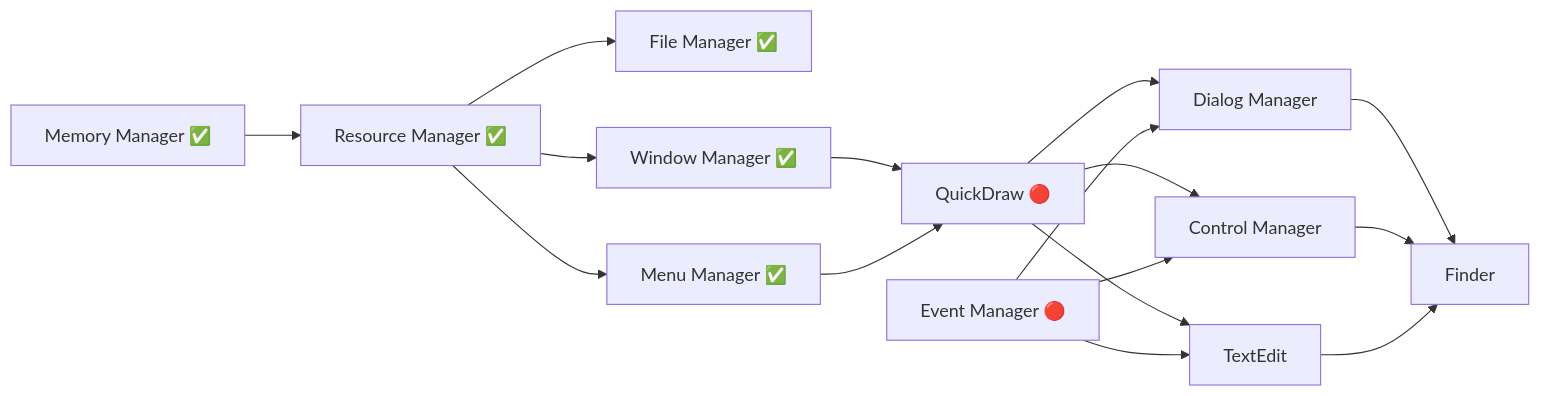
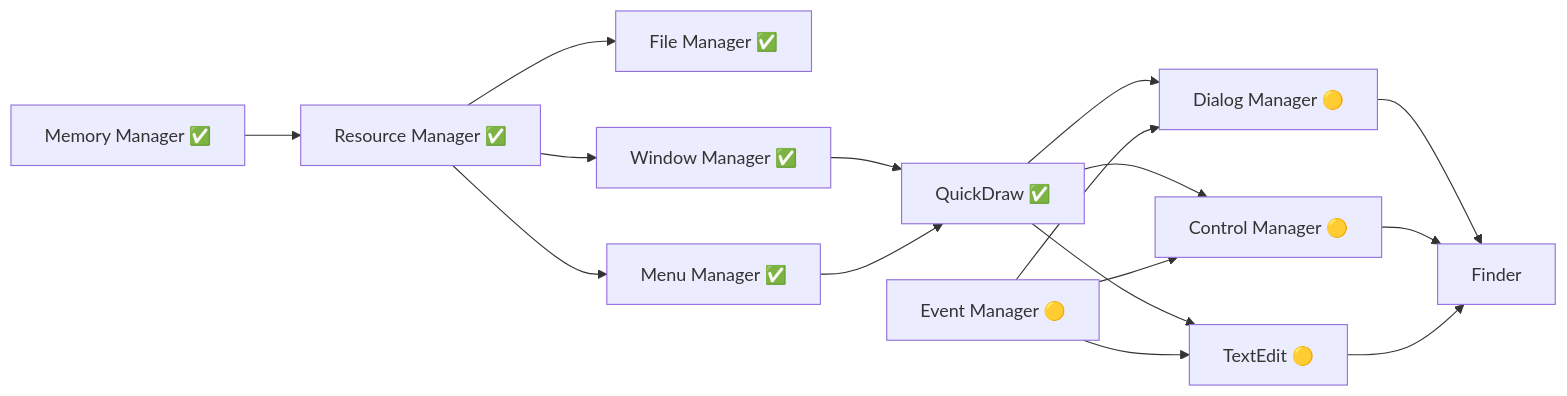
Before and after one commit to Kelsidavis/System7: the diagram in docs/PRIORITY_ROADMAP.md, drawn with Mermaid. The commit also changed other lines of this file, not shown here.

First line of the commit message:
Update roadmap - 70% complete with QuickDraw integration!

````diff
--- a/docs/PRIORITY_ROADMAP.md
+++ b/docs/PRIORITY_ROADMAP.md
@@ -48,18 +57,18 @@
 ```mermaid
 graph LR
     MM[Memory Manager ✅] --> RM[Resource Manager ✅]
     RM --> FM[File Manager ✅]
     RM --> WM[Window Manager ✅]
     RM --> MenuM[Menu Manager ✅]
-    WM --> QD[QuickDraw 🔴]
+    WM --> QD[QuickDraw ✅]
     MenuM --> QD
-    QD --> DM[Dialog Manager]
-    QD --> CM[Control Manager]
-    QD --> TE[TextEdit]
-    EM[Event Manager 🔴] --> DM
+    QD --> DM[Dialog Manager 🟡]
+    QD --> CM[Control Manager 🟡]
+    QD --> TE[TextEdit 🟡]
+    EM[Event Manager 🟡] --> DM
     EM --> CM
     EM --> TE
     DM --> Finder
     CM --> Finder
     TE --> Finder
 ```
````
